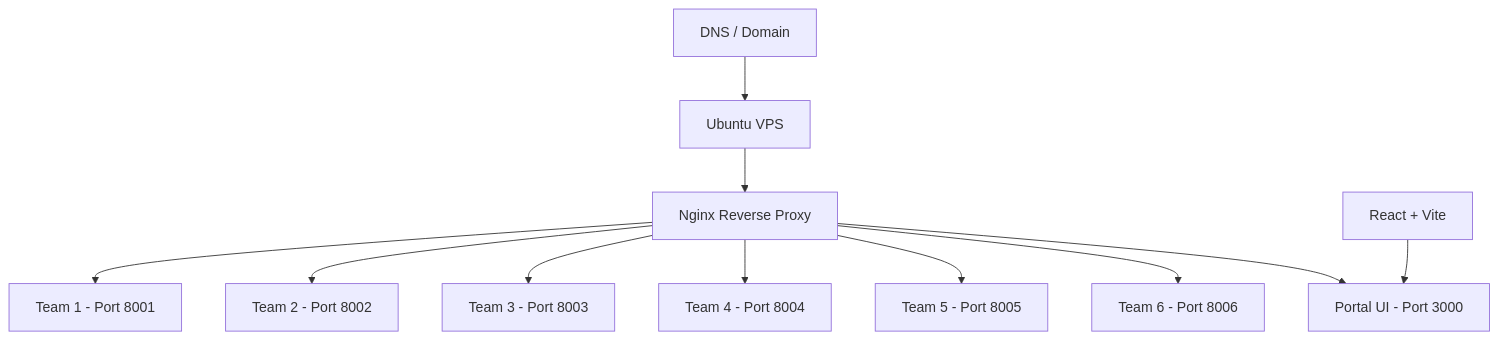
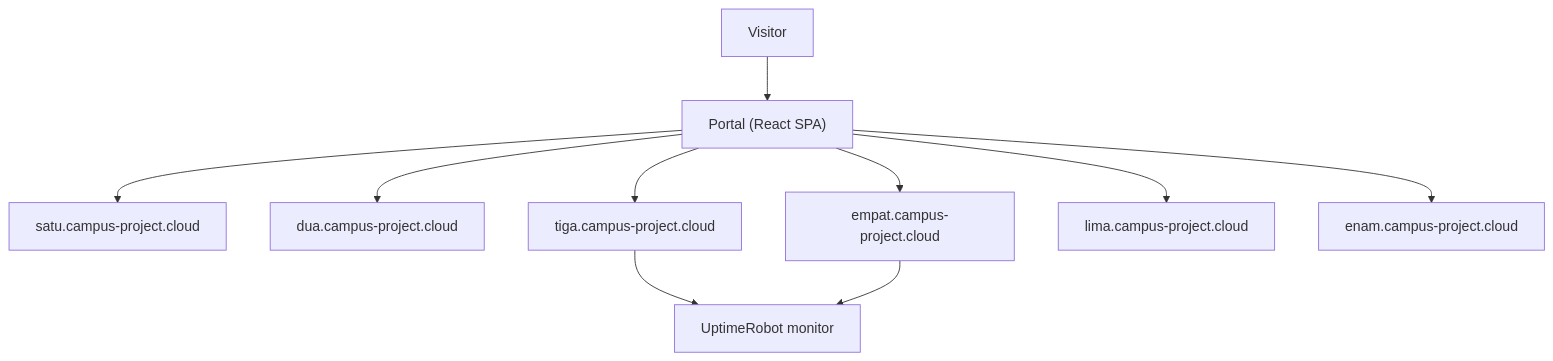
The diagram in src/content/projects/campus-project.mdx (raihanachmad8/portofolio), drawn with Mermaid before and after one commit. The commit also changed other lines of this file and 16 other files, not shown here.

First line of the commit message:
feat: enrich all 11 project MDX with verified data and diagrams

````diff
--- a/src/content/projects/campus-project.mdx
+++ b/src/content/projects/campus-project.mdx
@@ -56,13 +50,12 @@
 ```mermaid
 flowchart TD
-    A["DNS / Domain"] --> B["Ubuntu VPS"]
-    B --> C["Nginx Reverse Proxy"]
-    C --> D["Team 1 - Port 8001"]
-    C --> E["Team 2 - Port 8002"]
-    C --> F["Team 3 - Port 8003"]
-    C --> G["Team 4 - Port 8004"]
-    C --> H["Team 5 - Port 8005"]
-    C --> I["Team 6 - Port 8006"]
-    C --> J["Portal UI - Port 3000"]
-    K["React + Vite"] --> J
+    A["Visitor"] --> B["Portal (React SPA)"]
+    B --> C["satu.campus-project.cloud"]
+    B --> D["dua.campus-project.cloud"]
+    B --> E["tiga.campus-project.cloud"]
+    B --> F["empat.campus-project.cloud"]
+    B --> G["lima.campus-project.cloud"]
+    B --> H["enam.campus-project.cloud"]
+    E --> I["UptimeRobot monitor"]
+    F --> I
 ```
````
